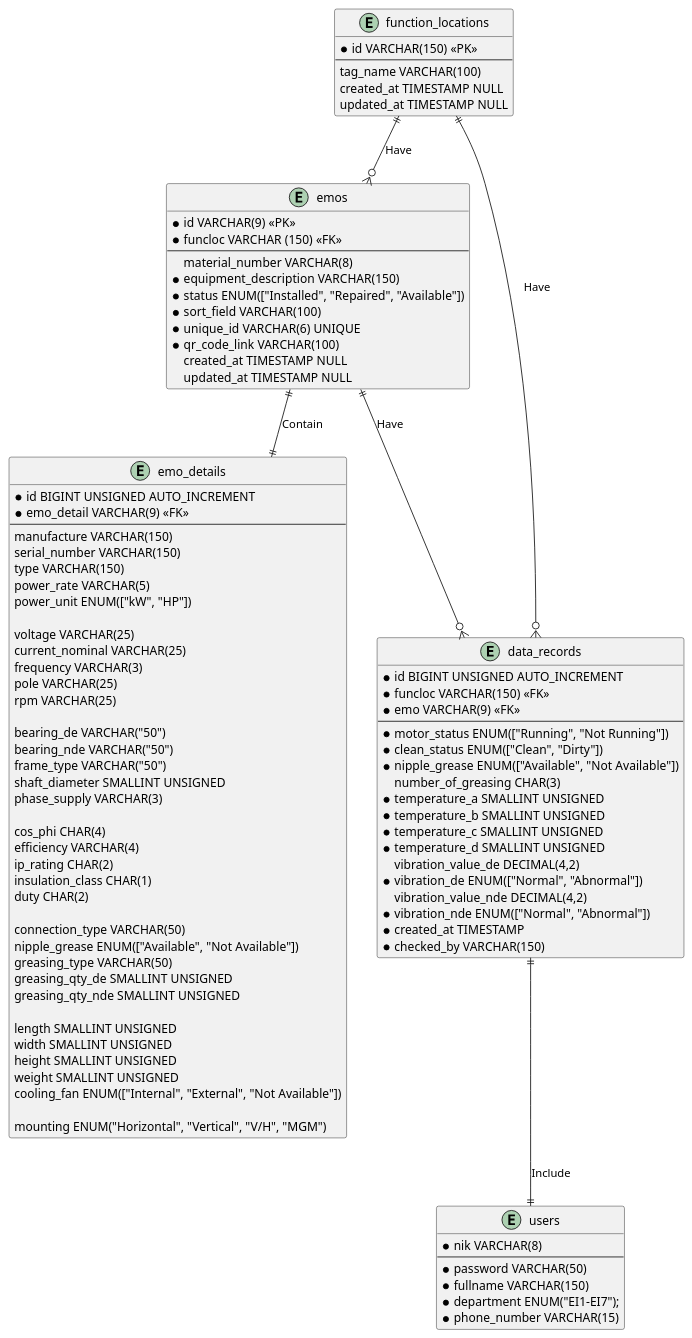
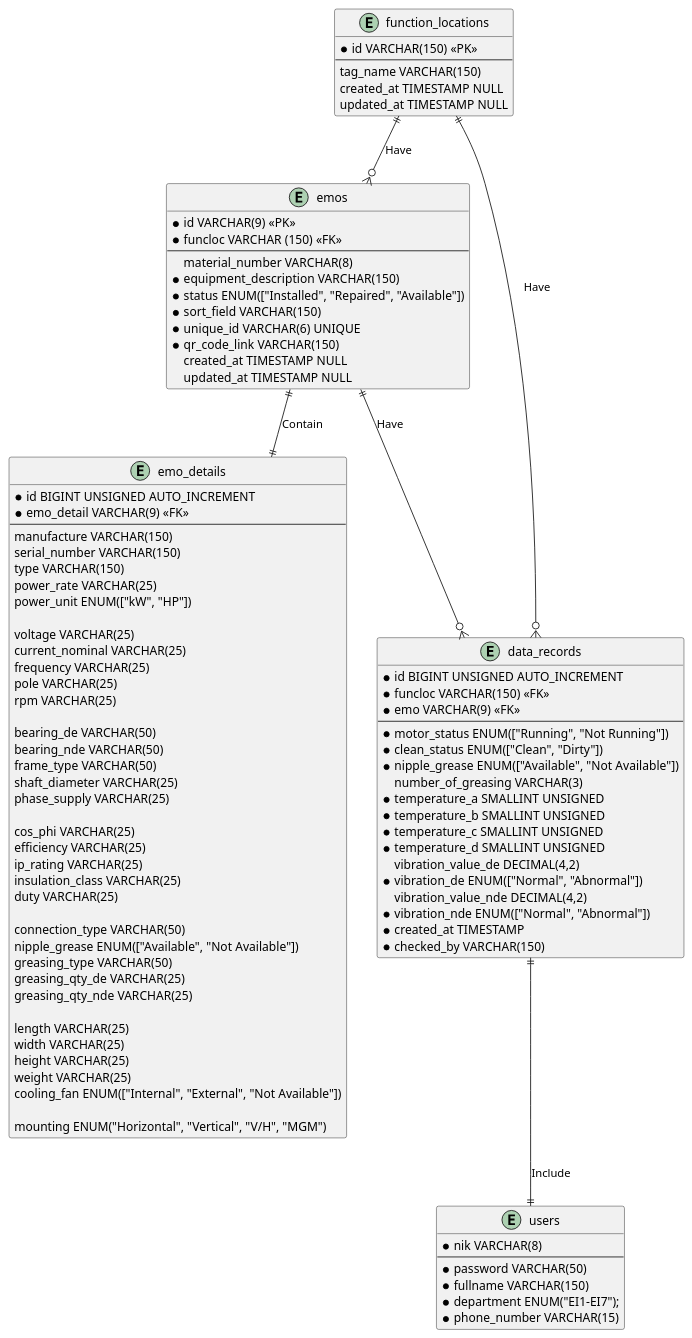
The diagram in database/fajar_e_maintenance.puml (doniduaasattuu/fajar-e-maintenance), drawn with PlantUML before and after one commit. The commit also changed 45 other files, not shown here.

```diff
--- a/database/fajar_e_maintenance.puml
+++ b/database/fajar_e_maintenance.puml
@@ -1,107 +1,107 @@
 @startuml fajar_e_maintenance
 
 entity function_locations
 {
     * id VARCHAR(150) <<PK>>
     --
-      tag_name VARCHAR(100)
+      tag_name VARCHAR(150)
       created_at TIMESTAMP NULL
       updated_at TIMESTAMP NULL
 }
 
 entity emos
 {
     * id VARCHAR(9) <<PK>>
     * funcloc VARCHAR (150) <<FK>>
     --
       material_number VARCHAR(8)
     * equipment_description VARCHAR(150)
     * status ENUM(["Installed", "Repaired", "Available"])
-    * sort_field VARCHAR(100)
+    * sort_field VARCHAR(150)
     * unique_id VARCHAR(6) UNIQUE
-    * qr_code_link VARCHAR(100) 
+    * qr_code_link VARCHAR(150) 
       created_at TIMESTAMP NULL
       updated_at TIMESTAMP NULL
 }
 
 entity emo_details {
     * id BIGINT UNSIGNED AUTO_INCREMENT
     * emo_detail VARCHAR(9) <<FK>>
     --
     manufacture VARCHAR(150)
     serial_number VARCHAR(150)
     type VARCHAR(150)
-    power_rate VARCHAR(5)
+    power_rate VARCHAR(25)
     power_unit ENUM(["kW", "HP"])
 
     voltage VARCHAR(25)
     current_nominal VARCHAR(25)
-    frequency VARCHAR(3)
+    frequency VARCHAR(25)
     pole VARCHAR(25)
     rpm VARCHAR(25)
 
-    bearing_de VARCHAR("50")
-    bearing_nde VARCHAR("50")
-    frame_type VARCHAR("50")
-    shaft_diameter SMALLINT UNSIGNED
-    phase_supply VARCHAR(3)
+    bearing_de VARCHAR(50)
+    bearing_nde VARCHAR(50)
+    frame_type VARCHAR(50)
+    shaft_diameter VARCHAR(25)
+    phase_supply VARCHAR(25)
 
-    cos_phi CHAR(4)
-    efficiency VARCHAR(4)
-    ip_rating CHAR(2)
-    insulation_class CHAR(1)
-    duty CHAR(2)
+    cos_phi VARCHAR(25)
+    efficiency VARCHAR(25)
+    ip_rating VARCHAR(25)
+    insulation_class VARCHAR(25)
+    duty VARCHAR(25)
 
     connection_type VARCHAR(50)
     nipple_grease ENUM(["Available", "Not Available"])
     greasing_type VARCHAR(50)
-    greasing_qty_de SMALLINT UNSIGNED
-    greasing_qty_nde SMALLINT UNSIGNED
+    greasing_qty_de VARCHAR(25)
+    greasing_qty_nde VARCHAR(25)
 
-    length SMALLINT UNSIGNED
-    width SMALLINT UNSIGNED
-    height SMALLINT UNSIGNED
-    weight SMALLINT UNSIGNED
+    length VARCHAR(25)
+    width VARCHAR(25)
+    height VARCHAR(25)
+    weight VARCHAR(25)
     cooling_fan ENUM(["Internal", "External", "Not Available"])
 
     mounting ENUM("Horizontal", "Vertical", "V/H", "MGM")
 }
 
 entity data_records {
     * id BIGINT UNSIGNED AUTO_INCREMENT
     * funcloc VARCHAR(150) <<FK>>
     * emo VARCHAR(9) <<FK>>
     --
     * motor_status ENUM(["Running", "Not Running"])
     * clean_status ENUM(["Clean", "Dirty"])
     * nipple_grease ENUM(["Available", "Not Available"])
-      number_of_greasing CHAR(3)
+      number_of_greasing VARCHAR(3)
     * temperature_a SMALLINT UNSIGNED
     * temperature_b SMALLINT UNSIGNED
     * temperature_c SMALLINT UNSIGNED
     * temperature_d SMALLINT UNSIGNED
       vibration_value_de DECIMAL(4,2)
     * vibration_de ENUM(["Normal", "Abnormal"])
       vibration_value_nde DECIMAL(4,2)
     * vibration_nde ENUM(["Normal", "Abnormal"])
     * created_at TIMESTAMP
     * checked_by VARCHAR(150)
 }
 
 entity users {
     * nik VARCHAR(8)
     --
     * password VARCHAR(50)
     * fullname VARCHAR(150)
     * department ENUM("EI1-EI7");
     * phone_number VARCHAR(15)
 }
  
 function_locations ||--o{ emos : Have
 function_locations ||--o{ data_records : Have
 emos ||--o{ data_records : Have
 emos ||--|| emo_details : Contain
 data_records ||--|| users : Include
 
 
 @enduml
```
